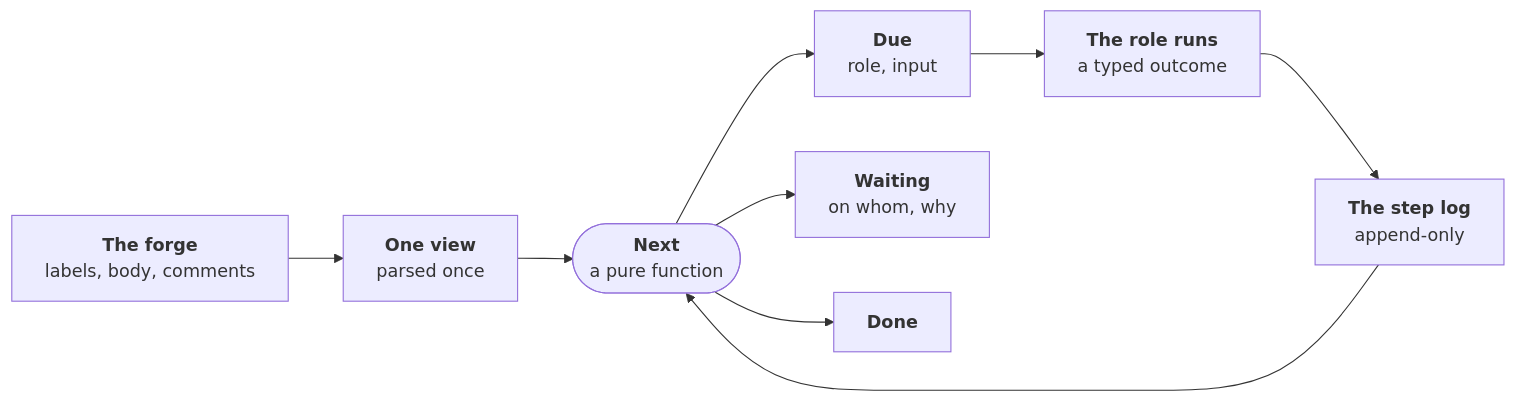
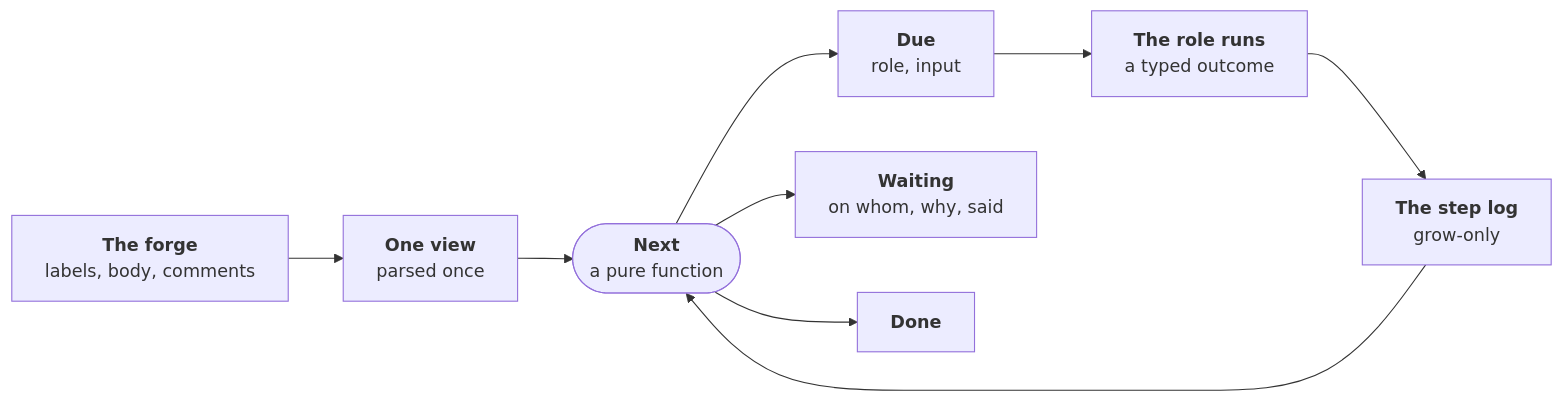
The diagram in docs/adr/0063-every-open-issue-is-due-waiting-or-done.md (JN0V/workline), drawn with Mermaid before and after one commit. The commit also changed other lines of this file and 1 other file, not shown here.

````diff
--- a/docs/adr/0063-every-open-issue-is-due-waiting-or-done.md
+++ b/docs/adr/0063-every-open-issue-is-due-waiting-or-done.md
@@ -107,11 +145,11 @@
 ```mermaid
 flowchart LR
   forge["<b>The forge</b><br/>labels, body, comments"] --> view["<b>One view</b><br/>parsed once"]
-  log["<b>The step log</b><br/>append-only"] --> next(["<b>Next</b><br/>a pure function"])
+  log["<b>The step log</b><br/>grow-only"] --> next(["<b>Next</b><br/>a pure function"])
   view --> next
   next --> due["<b>Due</b><br/>role, input"]
-  next --> wait["<b>Waiting</b><br/>on whom, why"]
+  next --> wait["<b>Waiting</b><br/>on whom, why, said"]
   next --> done["<b>Done</b>"]
   due --> run["<b>The role runs</b><br/>a typed outcome"]
   run --> log
 ```
````
